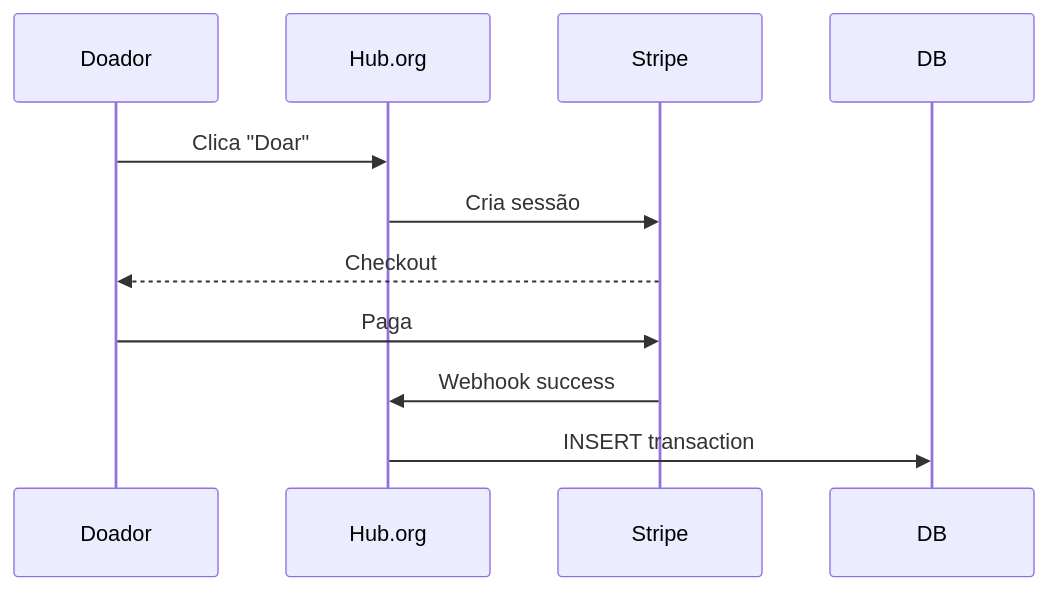
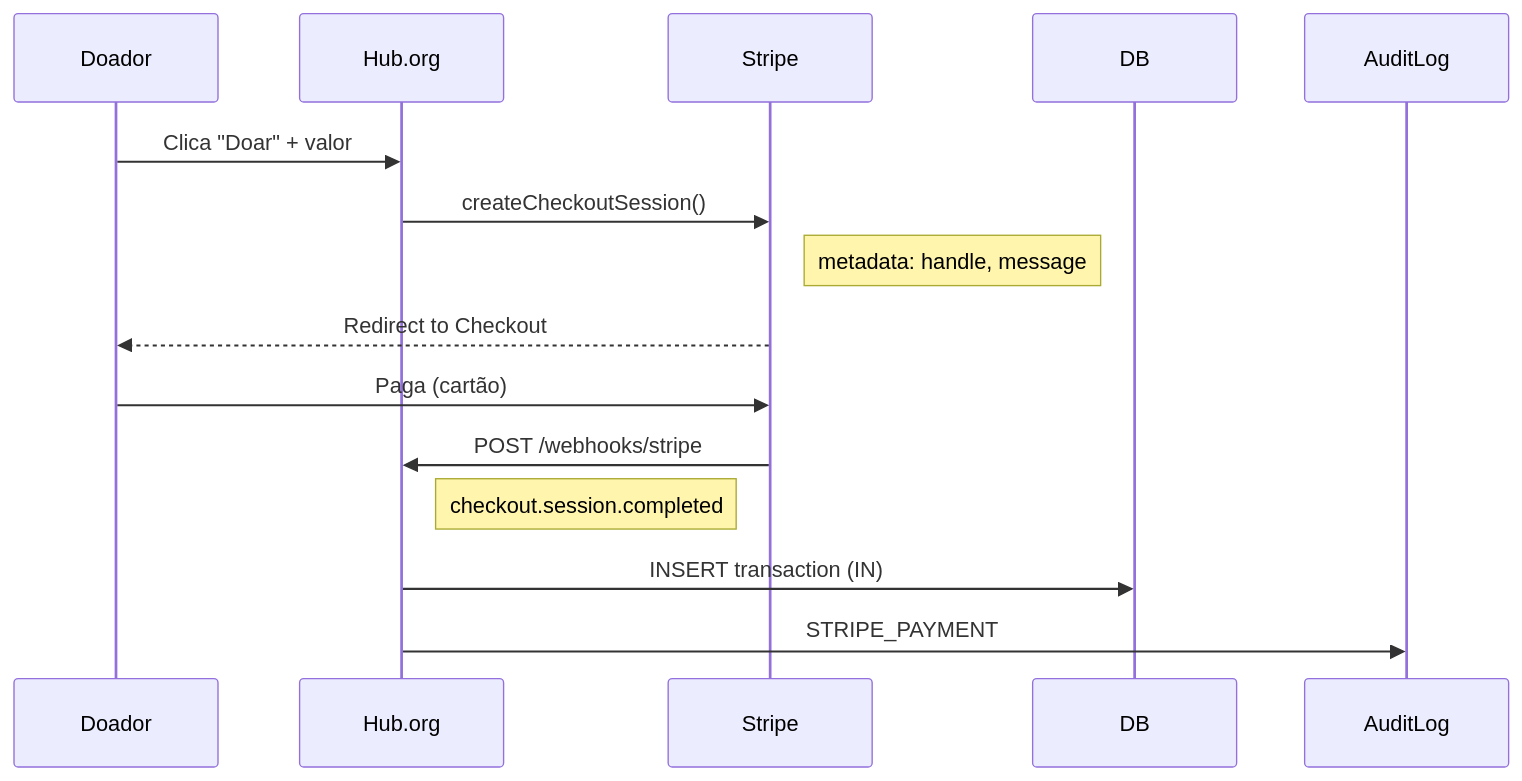
The second of 6 diagrams in docs/04-modulos-do-sistema.md (MrJc01/crom-hub-org), drawn with Mermaid before and after one commit. The commit also changed other lines of this file and 31 other files, not shown here.

Commit message:
feat: implement core application structure with routes, services, views, database schema, CI, and documentation.

````diff
--- a/docs/04-modulos-do-sistema.md
+++ b/docs/04-modulos-do-sistema.md
@@ -34,9 +34,12 @@
 ```mermaid
 sequenceDiagram
-    Doador->>Hub.org: Clica "Doar"
-    Hub.org->>Stripe: Cria sessão
-    Stripe-->>Doador: Checkout
-    Doador->>Stripe: Paga
-    Stripe->>Hub.org: Webhook success
-    Hub.org->>DB: INSERT transaction
+    Doador->>Hub.org: Clica "Doar" + valor
+    Hub.org->>Stripe: createCheckoutSession()
+    Note right of Stripe: metadata: handle, message
+    Stripe-->>Doador: Redirect to Checkout
+    Doador->>Stripe: Paga (cartão)
+    Stripe->>Hub.org: POST /webhooks/stripe
+    Note right of Hub.org: checkout.session.completed
+    Hub.org->>DB: INSERT transaction (IN)
+    Hub.org->>AuditLog: STRIPE_PAYMENT
 ```
````
